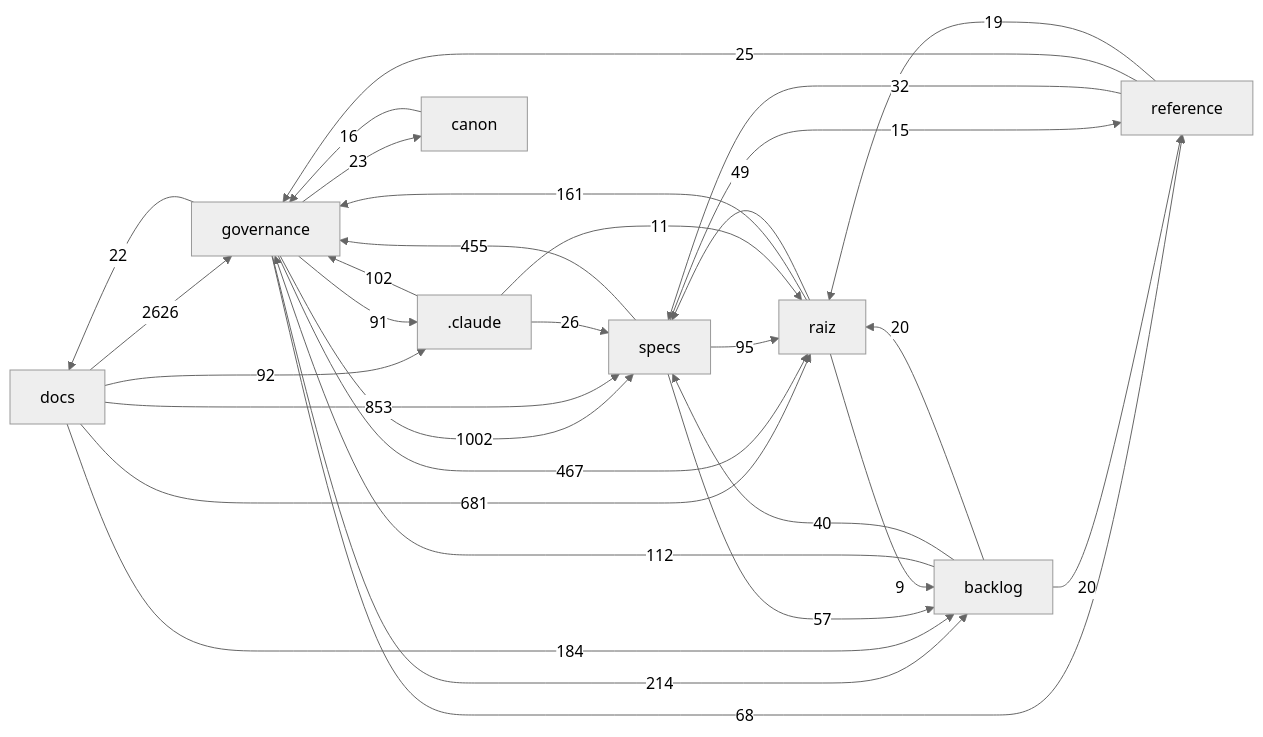
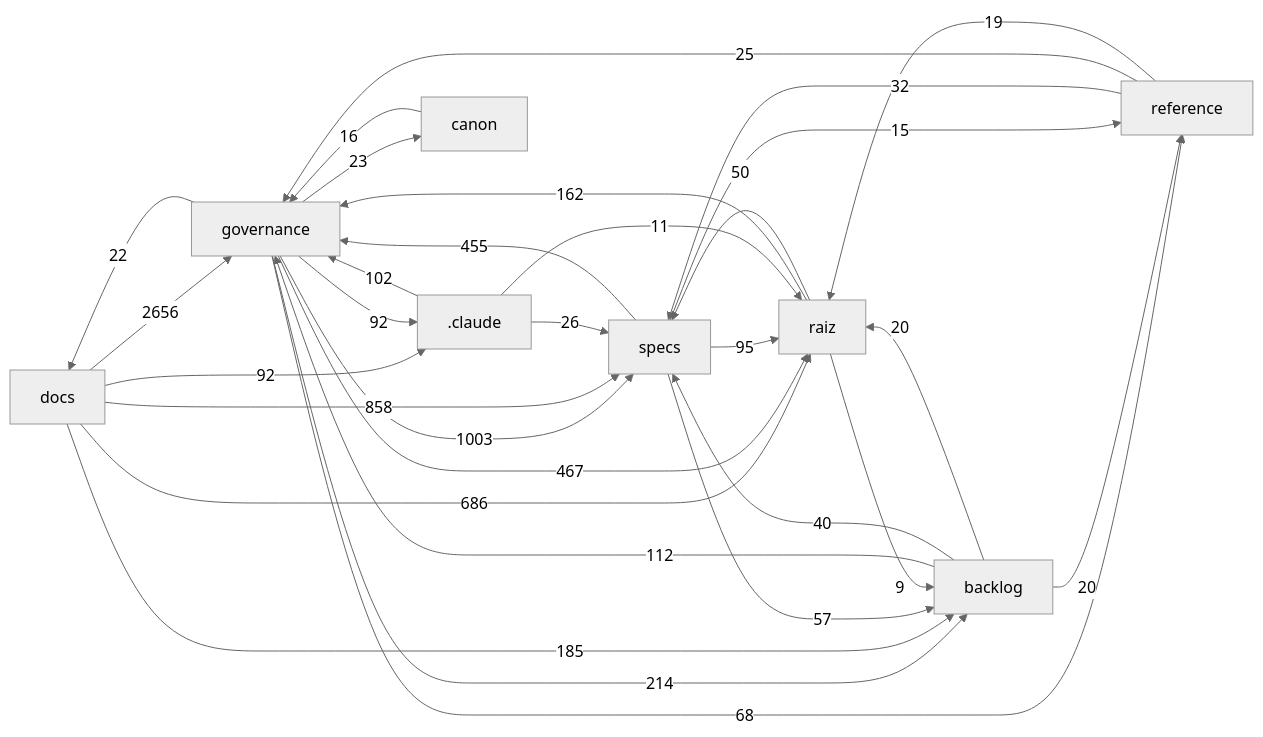
One commit to Andraus35/Sistema-Operacional-de-Trading--SOT changed the diagram in docs/mapa/MAPA-PROJETO.md. Above: the diagram before and after it, drawn with Mermaid (neutral theme). The commit also changed other lines of this file and 13 other files, not shown here.

````diff
--- a/docs/mapa/MAPA-PROJETO.md
+++ b/docs/mapa/MAPA-PROJETO.md
@@ -29,33 +29,33 @@
 ```mermaid
 flowchart LR
-  docs["docs"] -->|2626| governance["governance"]
-  governance["governance"] -->|1002| specs["specs"]
-  docs["docs"] -->|853| specs["specs"]
-  docs["docs"] -->|681| raiz["raiz"]
+  docs["docs"] -->|2656| governance["governance"]
+  governance["governance"] -->|1003| specs["specs"]
+  docs["docs"] -->|858| specs["specs"]
+  docs["docs"] -->|686| raiz["raiz"]
   governance["governance"] -->|467| raiz["raiz"]
   specs["specs"] -->|455| governance["governance"]
   governance["governance"] -->|214| backlog["backlog"]
-  docs["docs"] -->|184| backlog["backlog"]
-  raiz["raiz"] -->|161| governance["governance"]
+  docs["docs"] -->|185| backlog["backlog"]
+  raiz["raiz"] -->|162| governance["governance"]
   backlog["backlog"] -->|112| governance["governance"]
   _claude[".claude"] -->|102| governance["governance"]
   specs["specs"] -->|95| raiz["raiz"]
   docs["docs"] -->|92| _claude[".claude"]
-  governance["governance"] -->|91| _claude[".claude"]
+  governance["governance"] -->|92| _claude[".claude"]
   governance["governance"] -->|68| reference["reference"]
   specs["specs"] -->|57| backlog["backlog"]
-  raiz["raiz"] -->|49| specs["specs"]
+  raiz["raiz"] -->|50| specs["specs"]
   backlog["backlog"] -->|40| specs["specs"]
   reference["reference"] -->|32| specs["specs"]
   _claude[".claude"] -->|26| specs["specs"]
   reference["reference"] -->|25| governance["governance"]
   governance["governance"] -->|23| canon["canon"]
   governance["governance"] -->|22| docs["docs"]
   backlog["backlog"] -->|20| raiz["raiz"]
   backlog["backlog"] -->|20| reference["reference"]
   reference["reference"] -->|19| raiz["raiz"]
   canon["canon"] -->|16| governance["governance"]
   specs["specs"] -->|15| reference["reference"]
   _claude[".claude"] -->|11| raiz["raiz"]
   raiz["raiz"] -->|9| backlog["backlog"]
 ```
````
